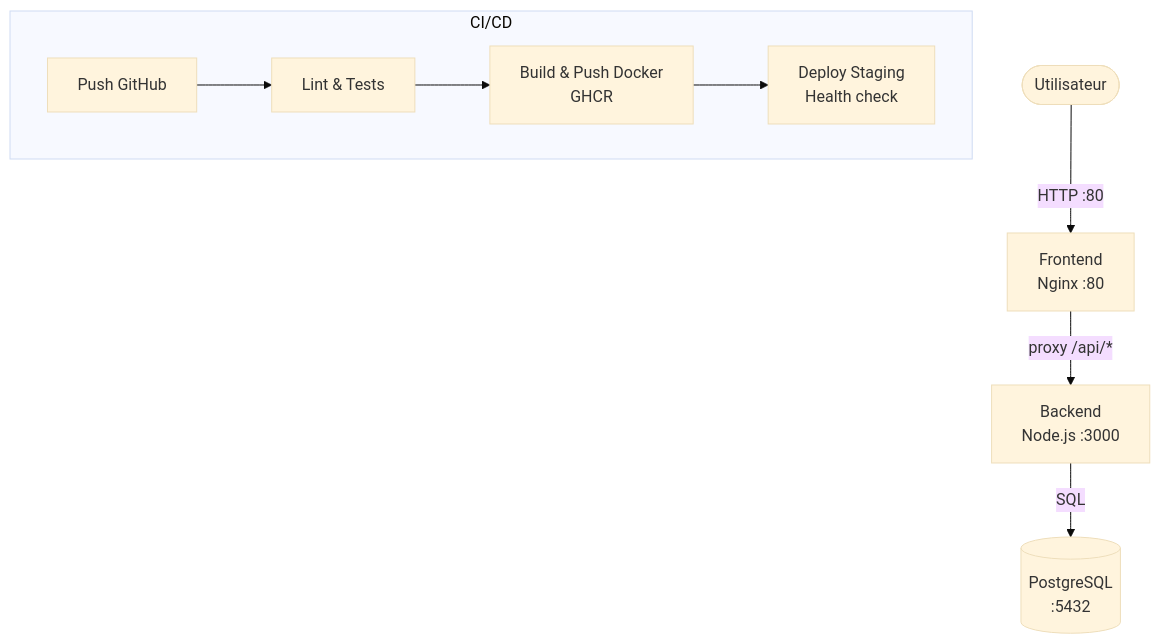
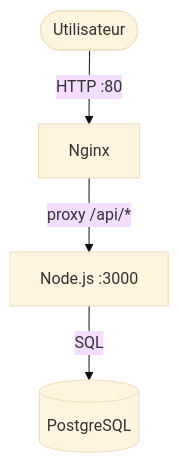
The diagram in README.md (arthur-b-efrei/CI-CD-conteneur), drawn with Mermaid (base theme) before and after one commit. The commit also changed other lines of this file, not shown here.

````diff
--- a/README.md
+++ b/README.md
@@ -9,13 +7,6 @@
 ```mermaid
 graph TD
-    User([Utilisateur]) -->|HTTP :80| Frontend
-    Frontend[Frontend\nNginx :80] -->|proxy /api/*| Backend
-    Backend[Backend\nNode.js :3000] -->|SQL| Database
-    Database[(PostgreSQL\n:5432)]
-
-    subgraph CI/CD
-        Push[Push GitHub] --> Lint[Lint & Tests]
-        Lint --> Build[Build & Push Docker\nGHCR]
-        Build --> Deploy[Deploy Staging\nHealth check]
-    end
+    User([Utilisateur]) -->|HTTP :80| Frontend[Nginx]
+    Frontend -->|proxy /api/*| Backend[Node.js :3000]
+    Backend -->|SQL| Database[(PostgreSQL)]
 ```
````
